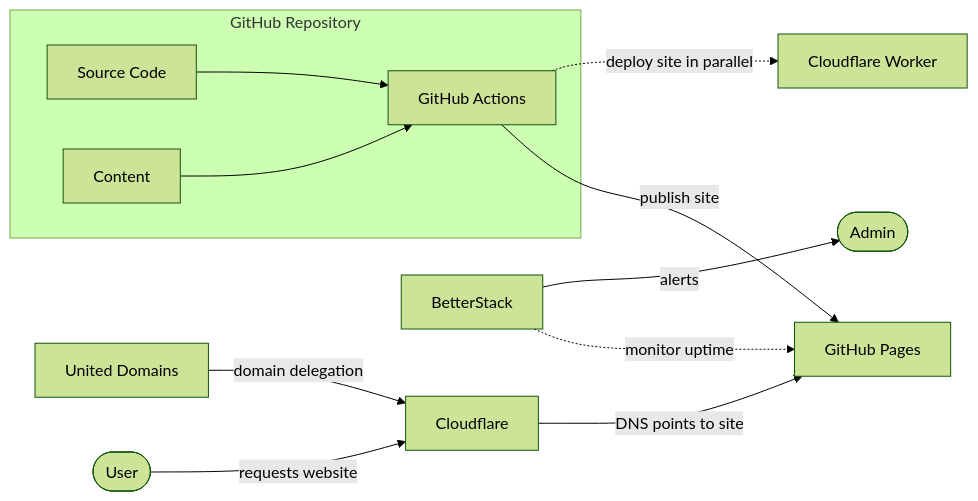
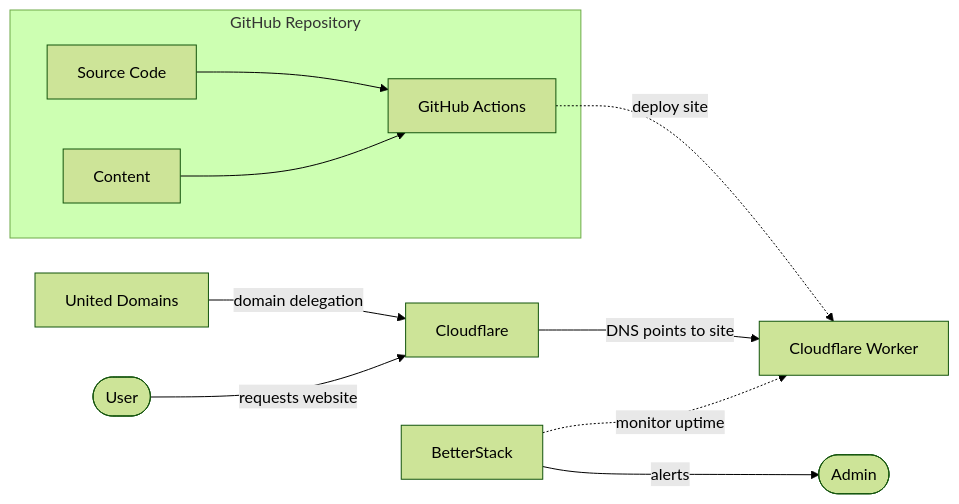
One commit to ggarbereder/garbereder.com changed the diagram in README.md. Above: the diagram before and after it, drawn with Mermaid (forest theme). The commit also changed other lines of this file and 3 other files, not shown here.

````diff
--- a/README.md
+++ b/README.md
@@ -8,26 +8,24 @@
 ```mermaid
 flowchart LR
     subgraph GH[GitHub Repository]
         SC[Source Code]
         CT[Content]
         GA[GitHub Actions]
     end
 
-    GP[GitHub Pages]
     CW[Cloudflare Worker]
     UD[United Domains]
     CF[Cloudflare]
     BS[BetterStack]
     U([User])
     A([Admin])
 
     SC --> GA
     CT --> GA
-    GA -->|publish site| GP
-    GA -.->|deploy site in parallel| CW
+    GA -.->|deploy site| CW
     UD -->|domain delegation| CF
-    CF -->|DNS points to site| GP
-    BS -.->|monitor uptime| GP
+    CF -->|DNS points to site| CW
+    BS -.->|monitor uptime| CW
     U -->|requests website| CF
     BS -->|alerts| A
 ```
````
